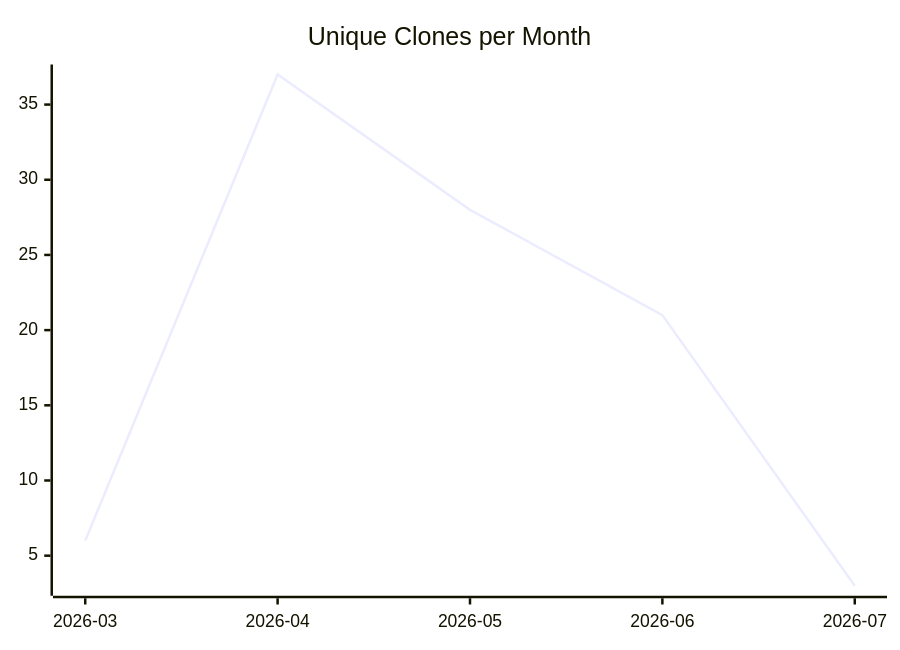
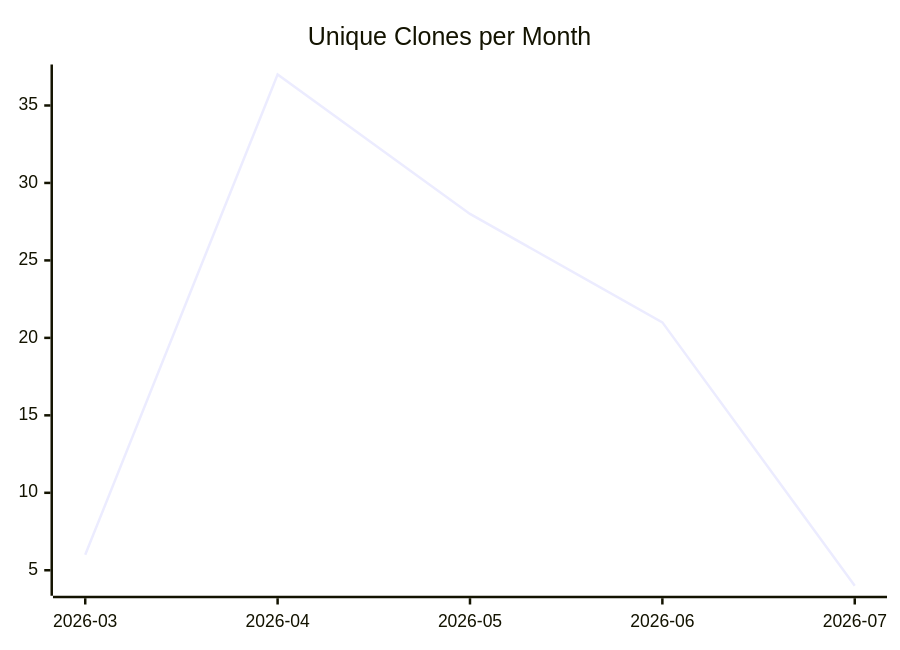
Before and after one commit to justdavis-family/github-analytics-data: the third of 3 diagrams in karlmdavis/ansible-role-jenkins2/README.md, drawn with Mermaid. The commit also changed other lines of this file and 188 other files, not shown here.

````diff
--- a/karlmdavis/ansible-role-jenkins2/README.md
+++ b/karlmdavis/ansible-role-jenkins2/README.md
@@ -19,6 +19,6 @@
 ```mermaid
 xychart-beta
   title "Unique Clones per Month"
   x-axis ["2026-03", "2026-04", "2026-05", "2026-06", "2026-07"]
-  line [6, 37, 28, 21, 3]
+  line [6, 37, 28, 21, 4]
 ```
````
